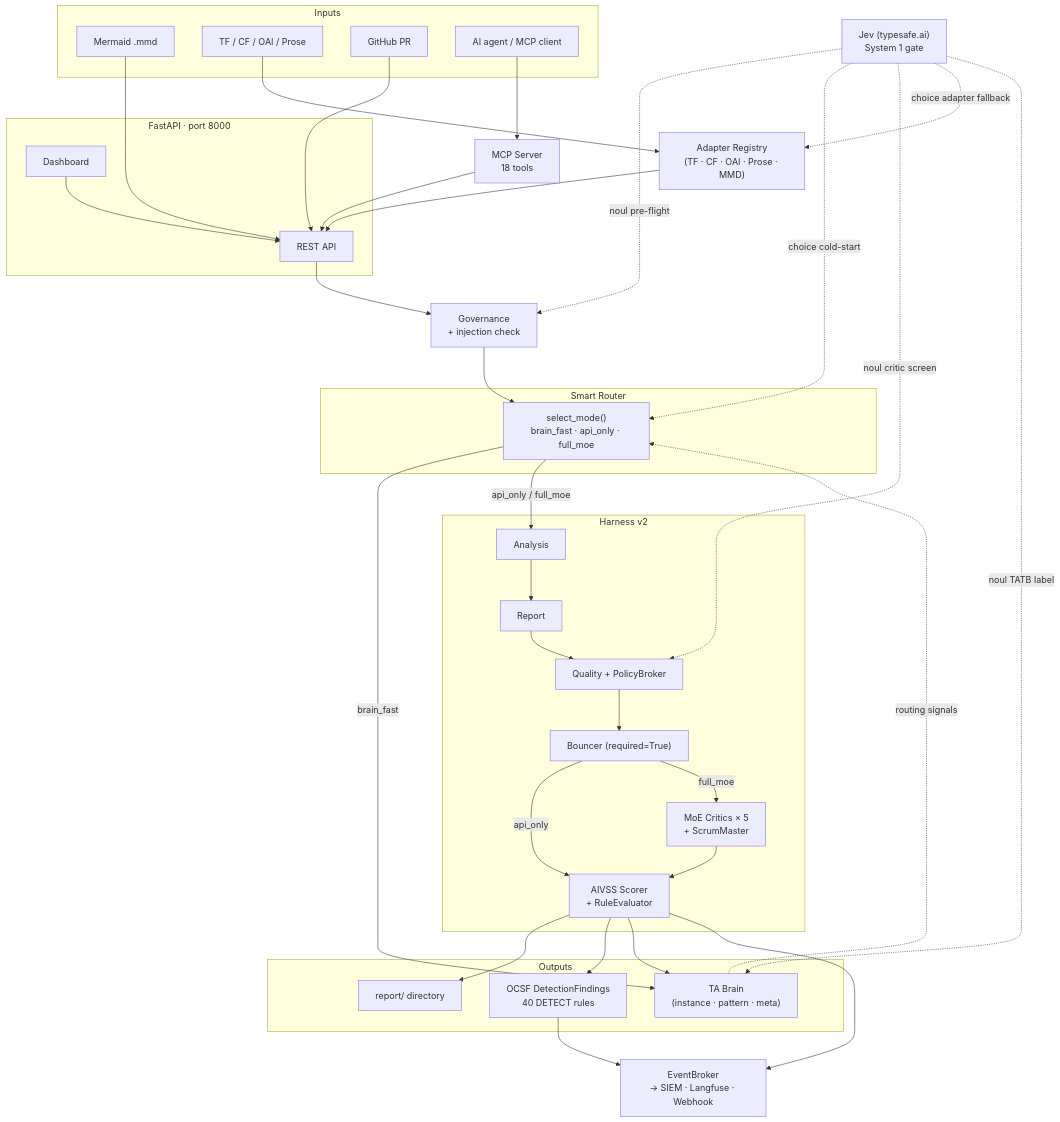
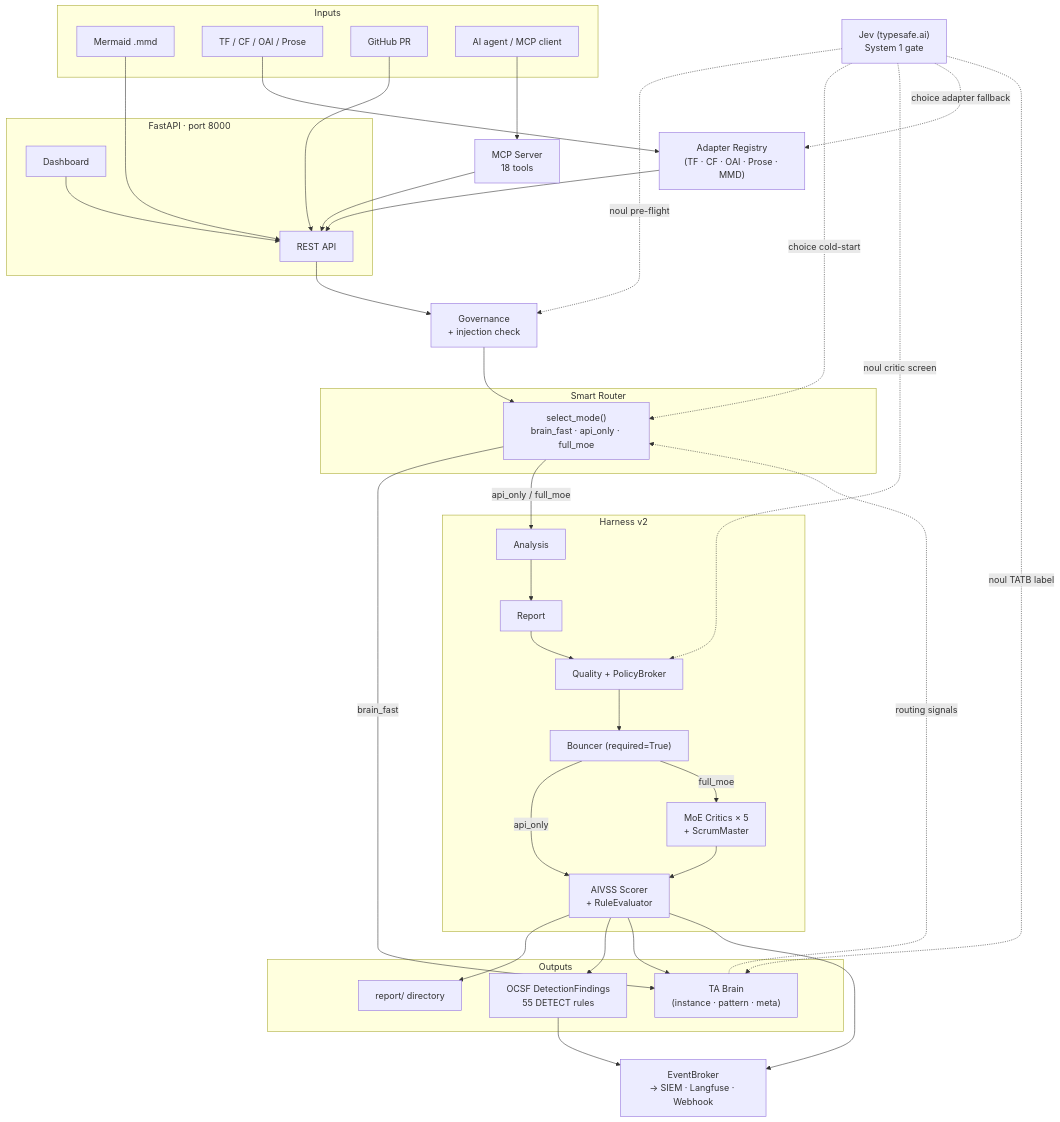
The diagram in README.md (BerdTan/threatassessor), drawn with Mermaid before and after one commit. The commit also changed other lines of this file, not shown here.

````diff
--- a/README.md
+++ b/README.md
@@ -15,74 +15,74 @@
 ```mermaid
 flowchart TD
     subgraph Inputs
         mmd_in["Mermaid .mmd"]
         sip_in["TF / CF / OAI / Prose"]
         pr_in["GitHub PR"]
         ai_in["AI agent / MCP client"]
     end
 
     subgraph Service["FastAPI  ·  port 8000"]
         rest_api["REST API"]
         dash_ui["Dashboard"]
     end
 
     mcp_srv["MCP Server\n18 tools"]
     adpt["Adapter Registry\n(TF · CF · OAI · Prose · MMD)"]
     gov["Governance\n+ injection check"]
     jev["Jev  (typesafe.ai)\nSystem 1 gate"]
 
     subgraph Router["Smart Router"]
         sr["select_mode()\nbrain_fast · api_only · full_moe"]
     end
 
     subgraph Harness["Harness v2"]
         an_s["Analysis"]
         rp_s["Report"]
         ql_s["Quality + PolicyBroker"]
         bo_s["Bouncer  (required=True)"]
         cr_s["MoE Critics × 5\n+ ScrumMaster"]
         av_s["AIVSS Scorer\n+ RuleEvaluator"]
     end
 
     eb["EventBroker\n→ SIEM · Langfuse · Webhook"]
 
     subgraph Outputs
         rep_o["report/ directory"]
-        ocsf_o["OCSF DetectionFindings\n40 DETECT rules"]
+        ocsf_o["OCSF DetectionFindings\n55 DETECT rules"]
         brn_o["TA Brain\n(instance · pattern · meta)"]
     end
 
     mmd_in --> rest_api
     sip_in --> adpt
     adpt --> rest_api
     pr_in --> rest_api
     ai_in --> mcp_srv
     mcp_srv --> rest_api
     dash_ui --> rest_api
 
     rest_api --> gov
     gov --> sr
     brn_o -.->|routing signals| sr
 
     sr -->|brain_fast| brn_o
     sr -->|api_only / full_moe| an_s
 
     an_s --> rp_s
     rp_s --> ql_s
     ql_s --> bo_s
     bo_s -->|api_only| av_s
     bo_s -->|full_moe| cr_s
     cr_s --> av_s
 
     av_s --> rep_o
     av_s --> ocsf_o
     av_s --> brn_o
     av_s --> eb
     ocsf_o --> eb
 
     jev -.->|noul pre-flight| gov
     jev -.->|choice cold-start| sr
     jev -.->|noul critic screen| ql_s
     jev -.->|choice adapter fallback| adpt
     jev -.->|noul TATB label| brn_o
 ```
````
